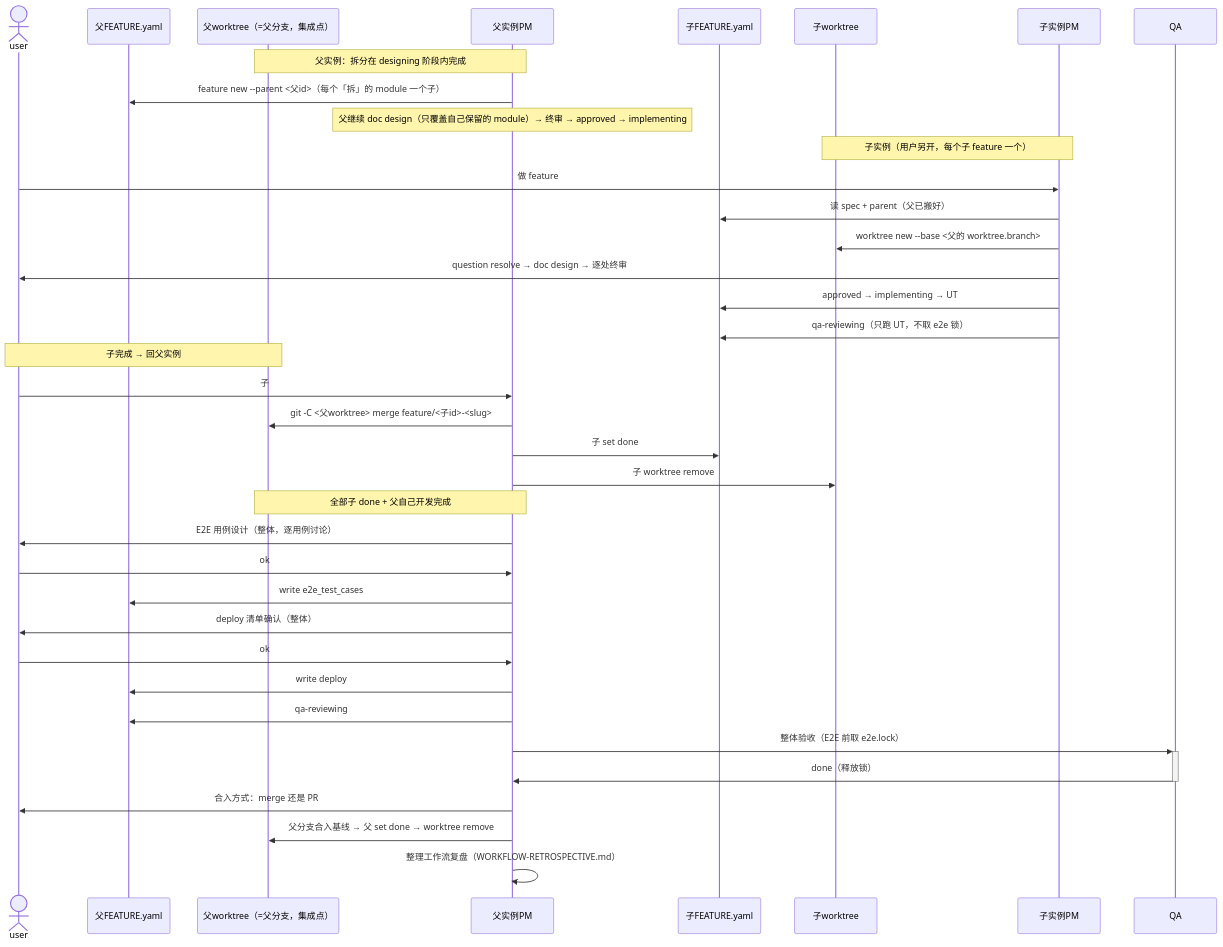
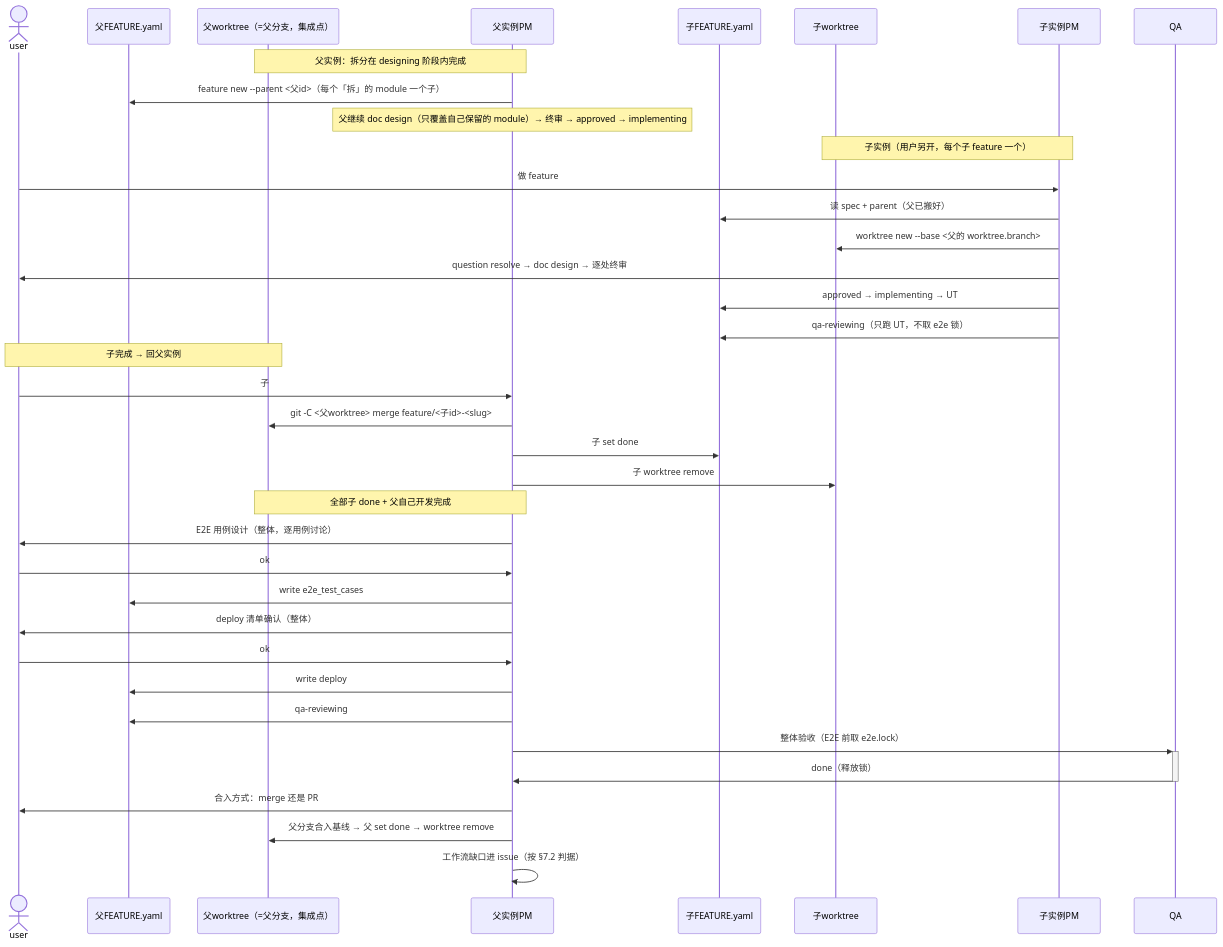
Before and after one commit to JoeyAssistant/skill-repo: the second of 3 diagrams in system-prompt/agent-factory/agent-pm.md, drawn with Mermaid. The commit also changed other lines of this file, not shown here.

````diff
--- a/system-prompt/agent-factory/agent-pm.md
+++ b/system-prompt/agent-factory/agent-pm.md
@@ -375,43 +372,43 @@
 ```mermaid
 sequenceDiagram
     actor user
     participant pf as 父FEATURE.yaml
     participant pw as 父worktree（=父分支，集成点）
     participant pm as 父实例PM
     participant cf as 子FEATURE.yaml
     participant cw as 子worktree
     participant cpm as 子实例PM
     participant qa as QA
 
     Note over pm,pw: 父实例：拆分在 designing 阶段内完成
     pm->>pf: feature new --parent <父id>（每个「拆」的 module 一个子）
     Note over pm: 父继续 doc design（只覆盖自己保留的 module）→ 终审 → approved → implementing
 
     Note over cpm,cw: 子实例（用户另开，每个子 feature 一个）
     user->>cpm: 做 feature #<子id>
     cpm->>cf: 读 spec + parent（父已搬好）
     cpm->>cw: worktree new --base <父的 worktree.branch>
     cpm->>user: question resolve → doc design → 逐处终审
     cpm->>cf: approved → implementing → UT
     cpm->>cf: qa-reviewing（只跑 UT，不取 e2e 锁）
 
     Note over user,pw: 子完成 → 回父实例
     user->>pm: 子 #<子id> 完成
     pm->>pw: git -C <父worktree> merge feature/<子id>-<slug>
     pm->>cf: 子 set done
     pm->>cw: 子 worktree remove
 
     Note over pm,pw: 全部子 done + 父自己开发完成
     pm->>user: E2E 用例设计（整体，逐用例讨论）
     user->>pm: ok
     pm->>pf: write e2e_test_cases
     pm->>user: deploy 清单确认（整体）
     user->>pm: ok
     pm->>pf: write deploy
     pm->>pf: qa-reviewing
     pm->>+qa: 整体验收（E2E 前取 e2e.lock）
     qa->>-pm: done（释放锁）
     pm->>user: 合入方式：merge 还是 PR
     pm->>pw: 父分支合入基线 → 父 set done → worktree remove
-    pm->>pm: 整理工作流复盘（WORKFLOW-RETROSPECTIVE.md）
+    pm->>pm: 工作流缺口进 issue（按 §7.2 判据）
 ```
````
